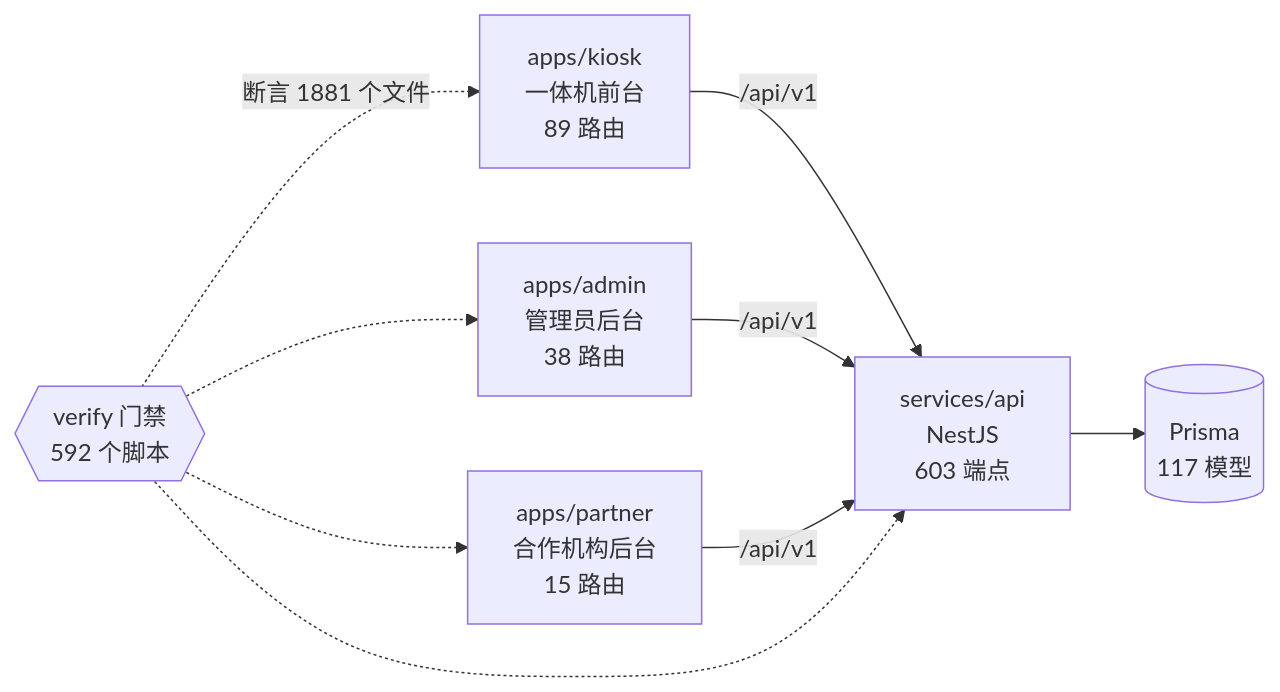
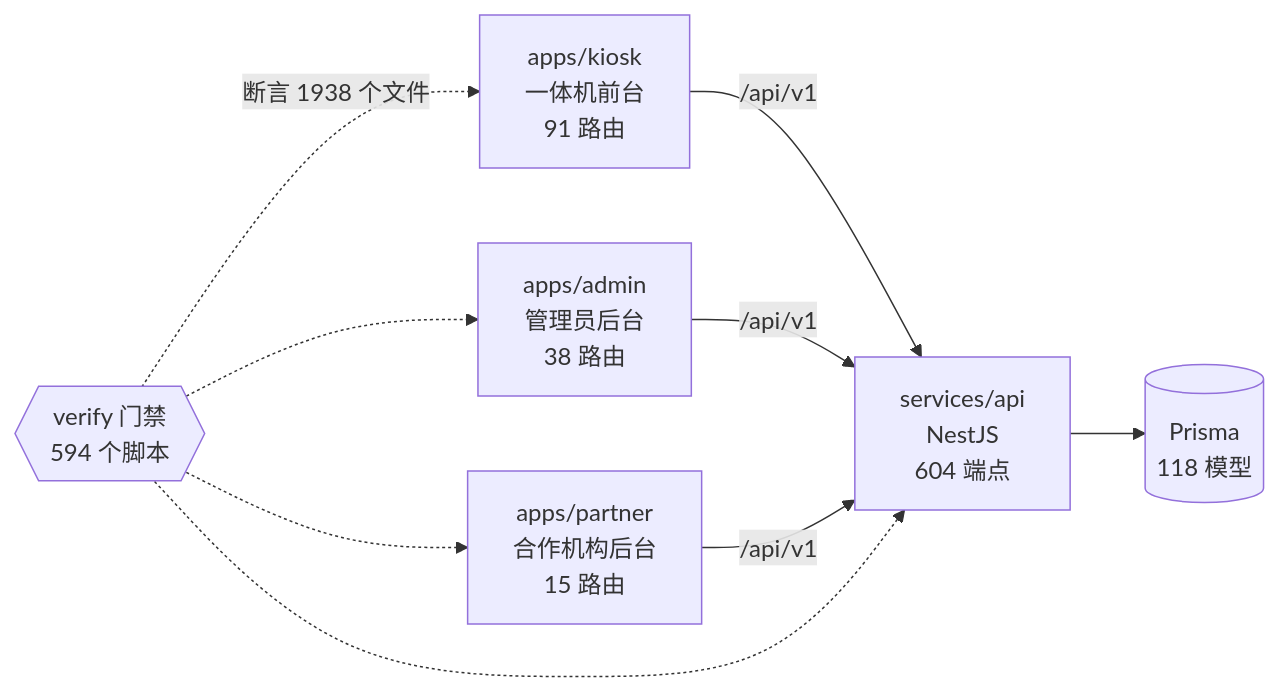
One commit to wanglei581/YITIJI changed the diagram in docs/graph/README.md. Above: the diagram before and after it, drawn with Mermaid. The commit also changed other lines of this file and 5 other files, not shown here.

First line of the commit message:
docs(progress): 触屏版集成一节（十个页面包与第一包最新头并成一条线），图谱重出 --check 通过

````diff
--- a/docs/graph/README.md
+++ b/docs/graph/README.md
@@ -68,18 +68,18 @@
 ```mermaid
 flowchart LR
-  kiosk["apps/kiosk<br/>一体机前台<br/>89 路由"]
+  kiosk["apps/kiosk<br/>一体机前台<br/>91 路由"]
   admin["apps/admin<br/>管理员后台<br/>38 路由"]
   partner["apps/partner<br/>合作机构后台<br/>15 路由"]
-  api["services/api<br/>NestJS<br/>603 端点"]
-  db[("Prisma<br/>117 模型")]
-  gates{{"verify 门禁<br/>592 个脚本"}}
+  api["services/api<br/>NestJS<br/>604 端点"]
+  db[("Prisma<br/>118 模型")]
+  gates{{"verify 门禁<br/>594 个脚本"}}
 
   kiosk -->|"/api/v1"| api
   admin -->|"/api/v1"| api
   partner -->|"/api/v1"| api
   api --> db
-  gates -.->|"断言 1881 个文件"| kiosk
+  gates -.->|"断言 1938 个文件"| kiosk
   gates -.-> admin
   gates -.-> partner
   gates -.-> api
 ```
````
